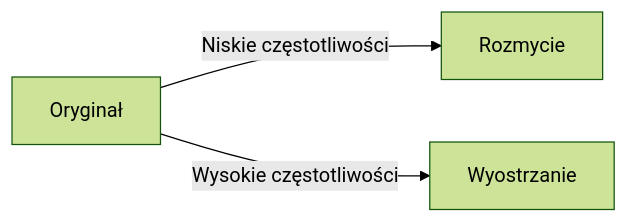
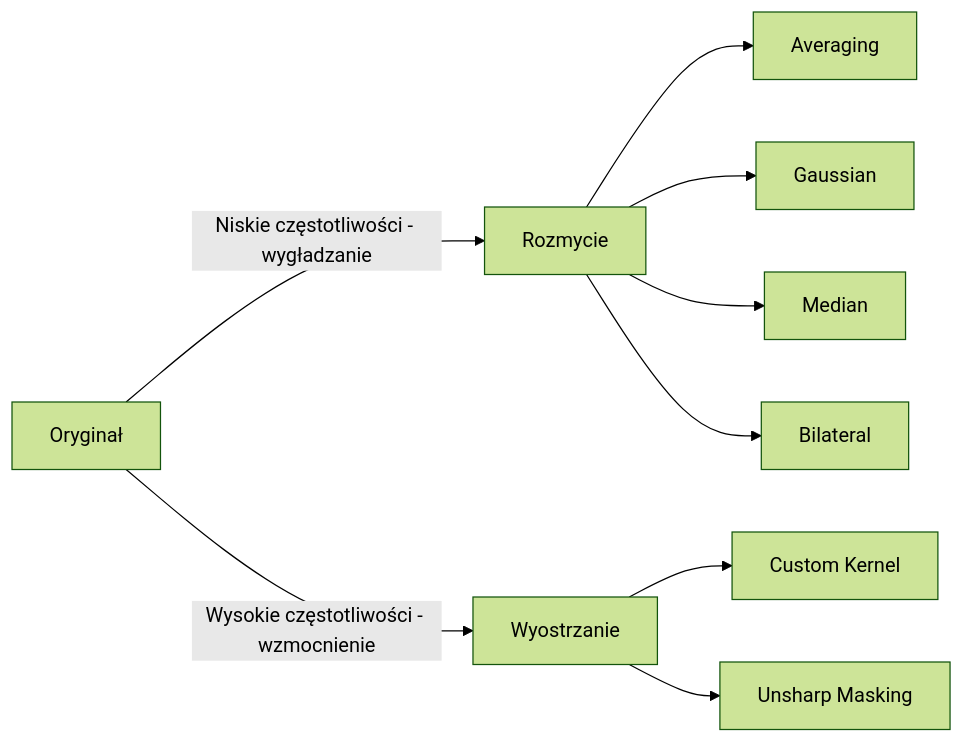
Before and after one commit to zacniewski/digital-image-processing-exercises: the third of 4 diagrams in lectures/03_filtering_and_blurring.md, drawn with Mermaid (forest theme). The commit also changed other lines of this file and 6 other files, not shown here.

````diff
--- a/lectures/03_filtering_and_blurring.md
+++ b/lectures/03_filtering_and_blurring.md
@@ -90,5 +251,11 @@
 ```mermaid
 graph LR
-    Org[Oryginał] -- "Niskie częstotliwości" --> Blur[Rozmycie]
-    Org -- "Wysokie częstotliwości" --> Sharp[Wyostrzanie]
+    Org[Oryginał] -->|Niskie częstotliwości - wygładzanie| Blur[Rozmycie]
+    Org -->|Wysokie częstotliwości - wzmocnienie| Sharp[Wyostrzanie]
+    Blur --> B1[Averaging]
+    Blur --> B2[Gaussian]
+    Blur --> B3[Median]
+    Blur --> B4[Bilateral]
+    Sharp --> S1[Custom Kernel]
+    Sharp --> S2[Unsharp Masking]
 ```
````
